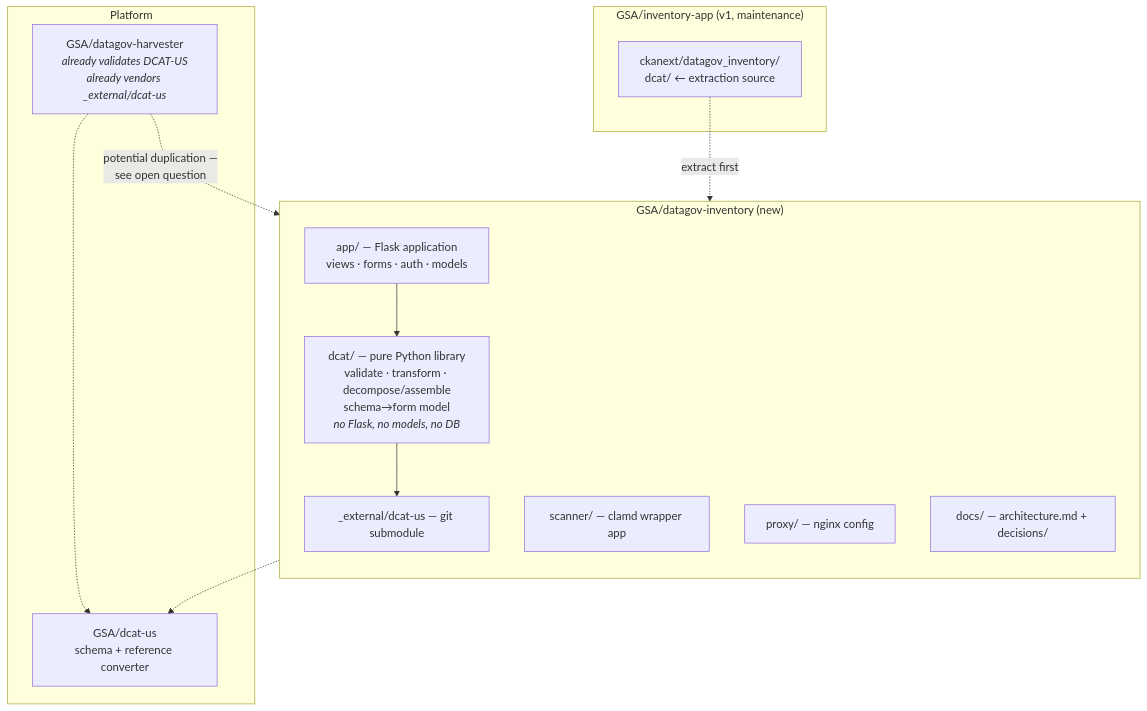
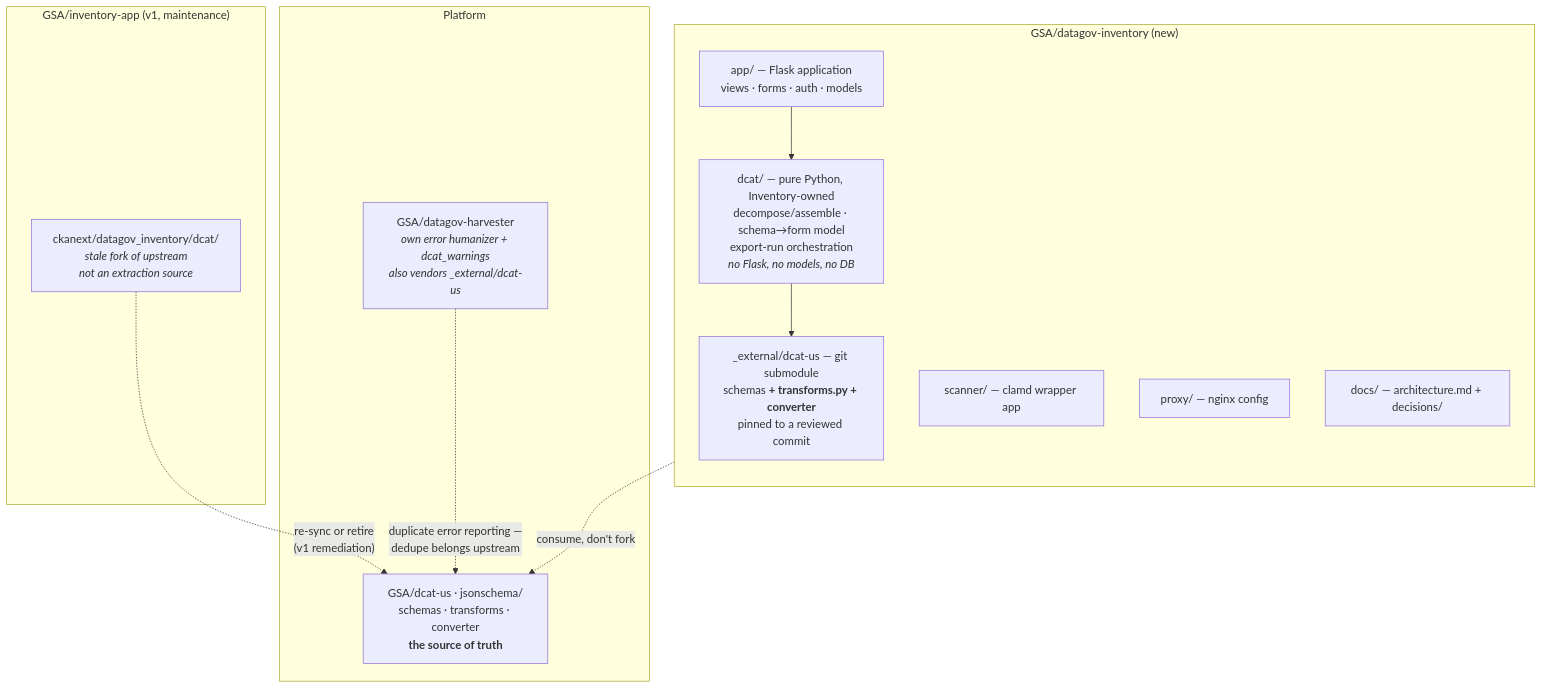
One commit to GSA/datagov-inventory changed the seventh of 7 diagrams in docs/architecture.md. Above: the diagram before and after it, drawn with Mermaid. The commit also changed other lines of this file and 6 other files, not shown here.

Commit message:
Add ADR - how to pin upstream dcat-us

````diff
--- a/docs/architecture.md
+++ b/docs/architecture.md
@@ -605,28 +598,27 @@
 ```mermaid
 flowchart TB
     subgraph new["GSA/datagov-inventory (new)"]
         direction TB
         APP["app/ — Flask application<br/>views · forms · auth · models"]
-        LIB["dcat/ — pure Python library<br/>validate · transform · decompose/assemble<br/>schema→form model<br/><i>no Flask, no models, no DB</i>"]
+        LIB["dcat/ — pure Python, Inventory-owned<br/>decompose/assemble · schema→form model<br/>export-run orchestration<br/><i>no Flask, no models, no DB</i>"]
         SCANAPP["scanner/ — clamd wrapper app"]
         PROXYD["proxy/ — nginx config"]
         DOCS["docs/ — architecture.md + decisions/"]
-        SUB["_external/dcat-us — git submodule"]
+        SUB["_external/dcat-us — git submodule<br/>schemas <b>+ transforms.py + converter</b><br/>pinned to a reviewed commit"]
         APP --> LIB
         LIB --> SUB
     end
 
     subgraph old["GSA/inventory-app (v1, maintenance)"]
-        CKAN["ckanext/datagov_inventory/<br/>dcat/ ← extraction source"]
+        CKAN["ckanext/datagov_inventory/dcat/<br/><i>stale fork of upstream</i><br/><i>not an extraction source</i>"]
     end
 
     subgraph plat["Platform"]
-        HARV["GSA/datagov-harvester<br/><i>already validates DCAT-US</i><br/><i>already vendors _external/dcat-us</i>"]
-        UPSTREAM["GSA/dcat-us<br/>schema + reference converter"]
+        HARV["GSA/datagov-harvester<br/><i>own error humanizer + dcat_warnings</i><br/><i>also vendors _external/dcat-us</i>"]
+        UPSTREAM["GSA/dcat-us · jsonschema/<br/>schemas · transforms · converter<br/><b>the source of truth</b>"]
     end
 
-    CKAN -.->|"extract first"| LIB
-    HARV -.->|"potential duplication —<br/>see open question"| LIB
-    SUB -.-> UPSTREAM
-    HARV -.-> UPSTREAM
+    SUB -.->|"consume, don't fork"| UPSTREAM
+    CKAN -.->|"re-sync or retire<br/>(v1 remediation)"| UPSTREAM
+    HARV -.->|"duplicate error reporting —<br/>dedupe belongs upstream"| UPSTREAM
 ```
````
